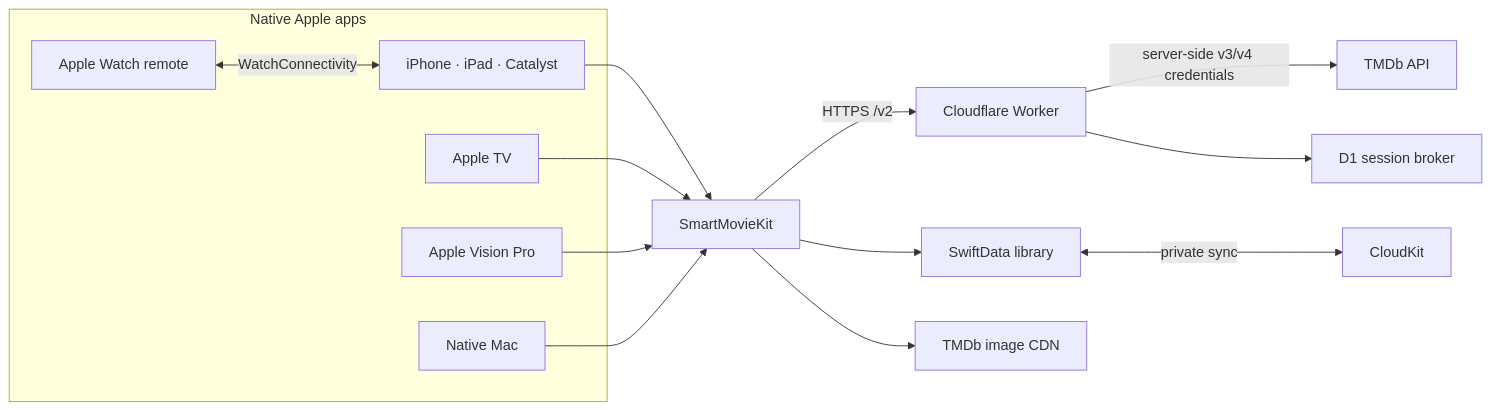
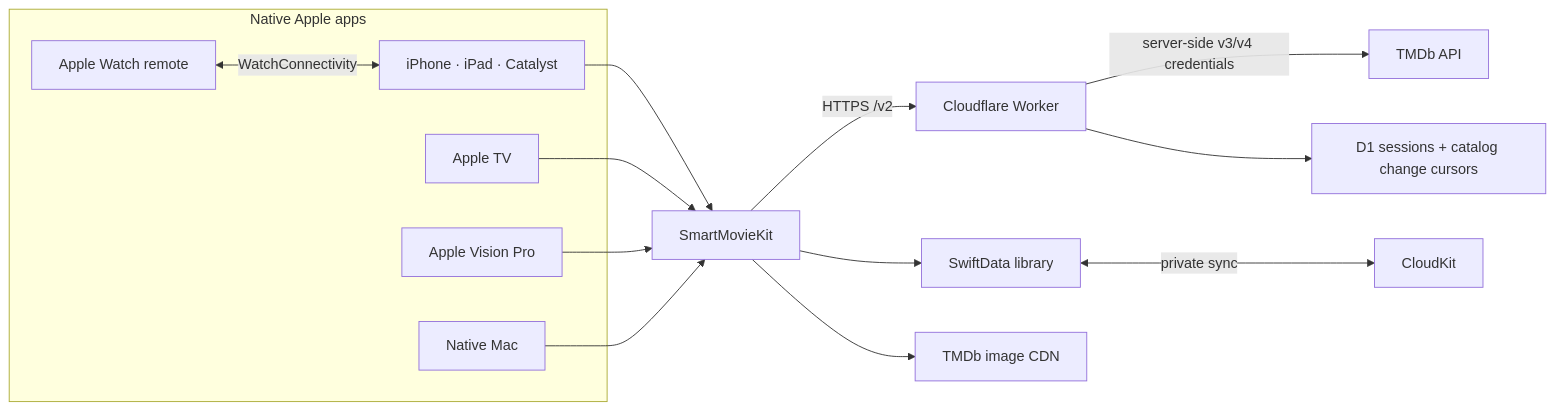
One commit to LamPPKK/SmartMovie changed the diagram in README.md. Above: the diagram before and after it, drawn with Mermaid. The commit also changed other lines of this file and 16 other files, not shown here.

````diff
--- a/README.md
+++ b/README.md
@@ -95,22 +95,22 @@
 ```mermaid
 flowchart LR
     subgraph Apple["Native Apple apps"]
         Universal["iPhone · iPad · Catalyst"]
         TV["Apple TV"]
         Vision["Apple Vision Pro"]
         Mac["Native Mac"]
         Watch["Apple Watch remote"]
     end
 
     Universal --> Kit["SmartMovieKit"]
     TV --> Kit
     Vision --> Kit
     Mac --> Kit
     Watch <-->|"WatchConnectivity"| Universal
     Kit -->|"HTTPS /v2"| Worker["Cloudflare Worker"]
     Worker -->|"server-side v3/v4 credentials"| TMDb["TMDb API"]
-    Worker --> Sessions["D1 session broker"]
+    Worker --> Sessions["D1 sessions + catalog change cursors"]
     Kit --> Store["SwiftData library"]
     Store <-->|"private sync"| CloudKit["CloudKit"]
     Kit --> Images["TMDb image CDN"]
 ```
````
